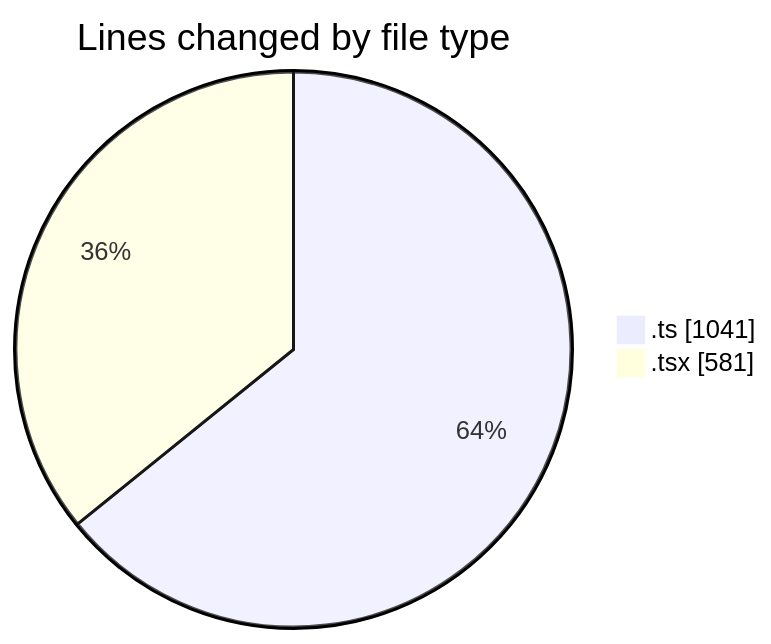
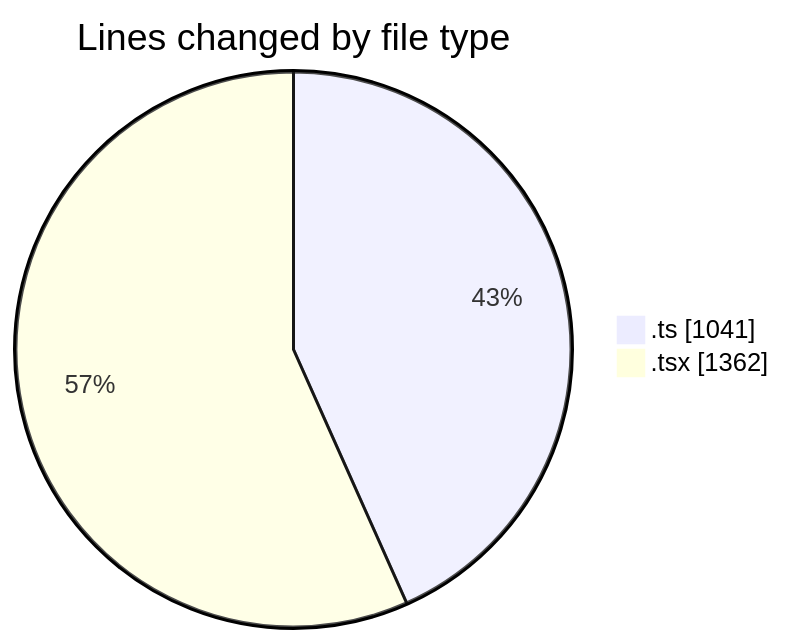
One commit to momahboobian/code-tracking changed the first of 2 diagrams in 2025-09-02/cda/README.md. Above: the diagram before and after it, drawn with Mermaid. The commit also changed other lines of this file and 1 other file, not shown here.

````diff
--- a/2025-09-02/cda/README.md
+++ b/2025-09-02/cda/README.md
@@ -28,6 +28,6 @@
 ```mermaid
 pie showData
 title Lines changed by file type
 ".ts" : 1041
-".tsx" : 581
+".tsx" : 1362
 ```
````
